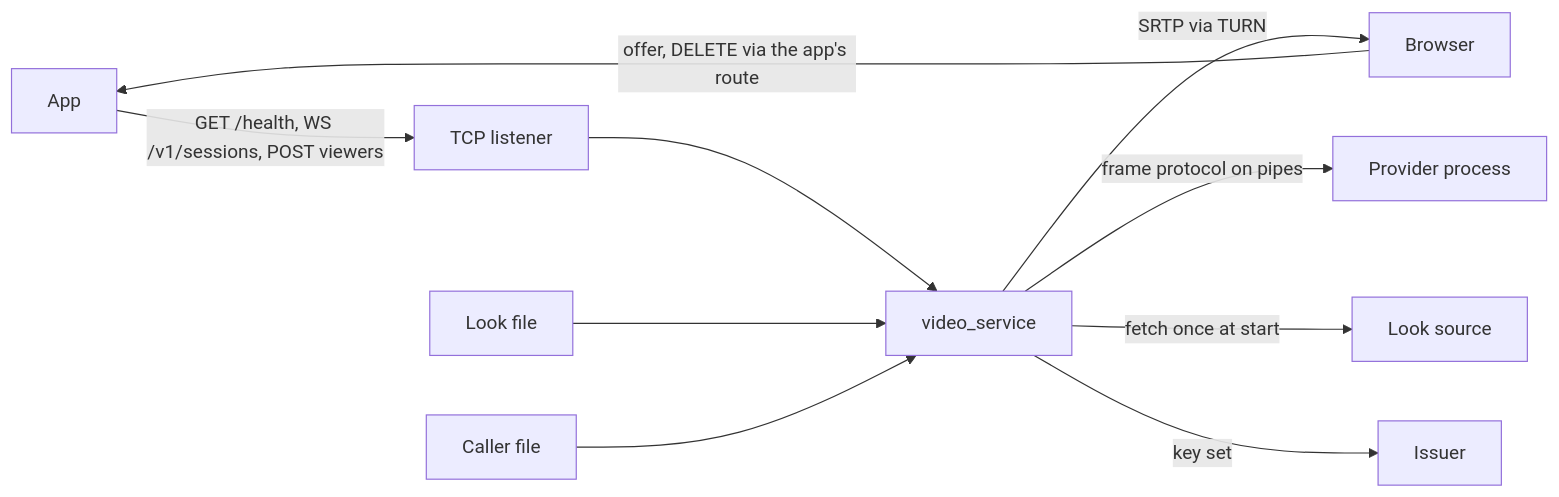
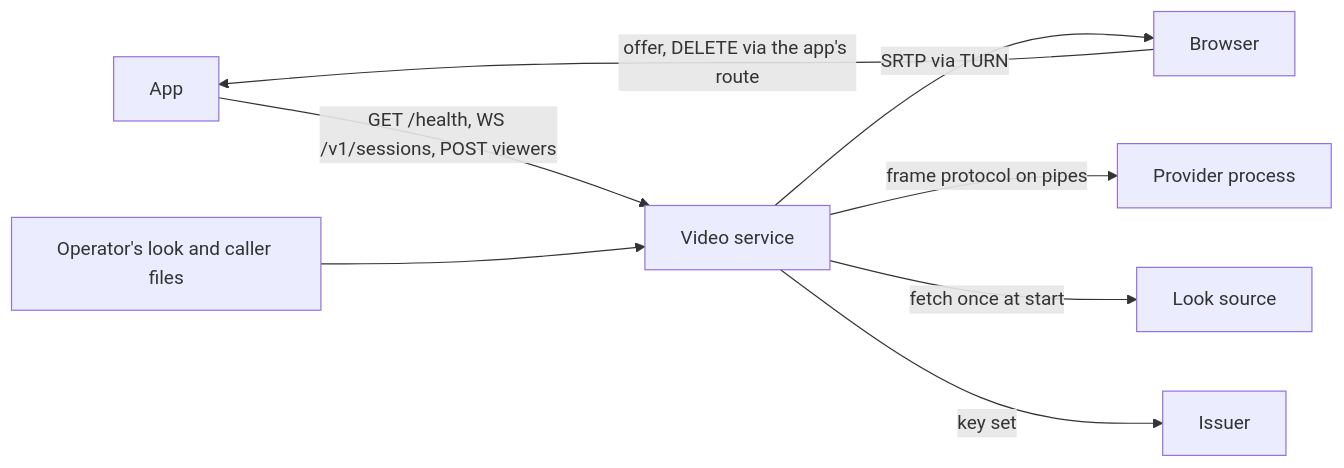
Before and after one commit to overnightworks/video: the first of 2 diagrams in docs/ARCHITECTURE.md, drawn with Mermaid. The commit also changed other lines of this file and 12 other files, not shown here.

````diff
--- a/docs/ARCHITECTURE.md
+++ b/docs/ARCHITECTURE.md
@@ -20,12 +14,10 @@
 ```mermaid
 flowchart LR
-    app[App] -->|GET /health, WS /v1/sessions, POST viewers| listener[TCP listener]
+    app[App] -->|GET /health, WS /v1/sessions, POST viewers| service[Video service]
     viewer[Browser] -->|offer, DELETE via the app's route| app
-    listener --> service[video_service]
     service -->|SRTP via TURN| viewer
     service -->|frame protocol on pipes| provider[Provider process]
     service -->|fetch once at start| source[Look source]
     service -->|key set| issuer[Issuer]
-    file[Look file] --> service
-    callers[Caller file] --> service
+    operator[Operator's look and caller files] --> service
 ```
````
